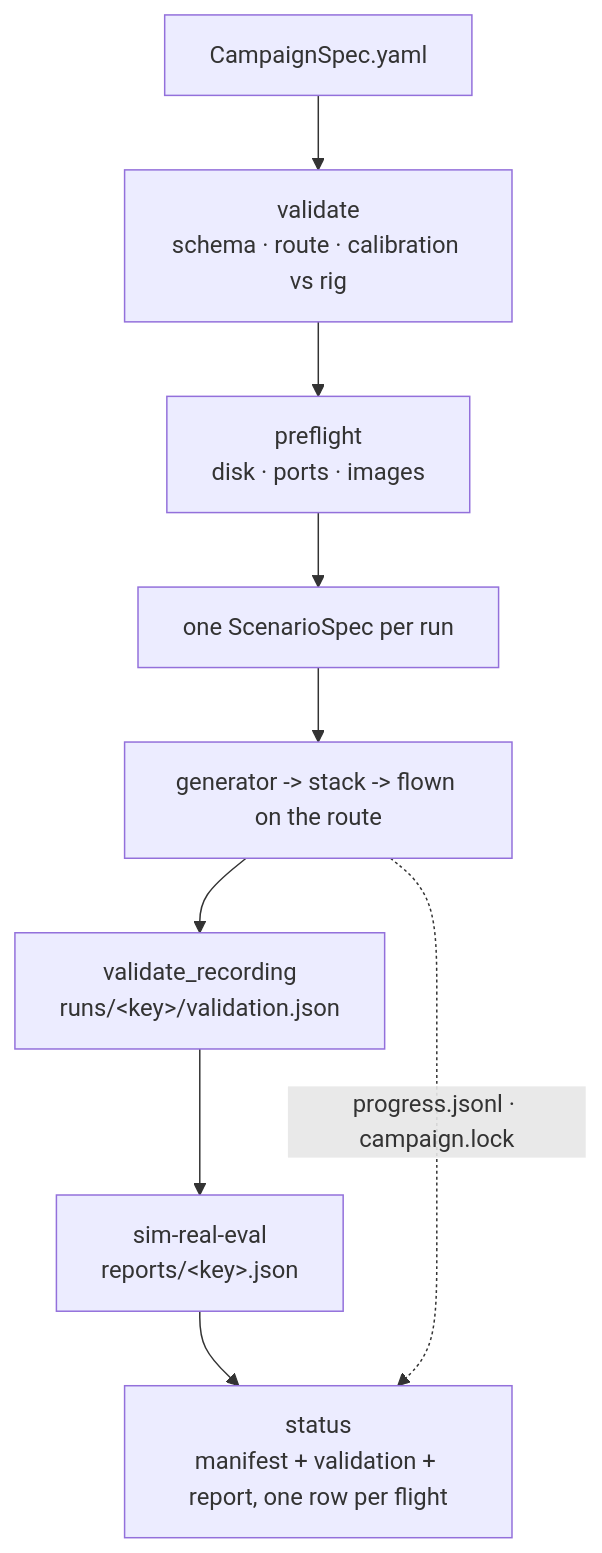
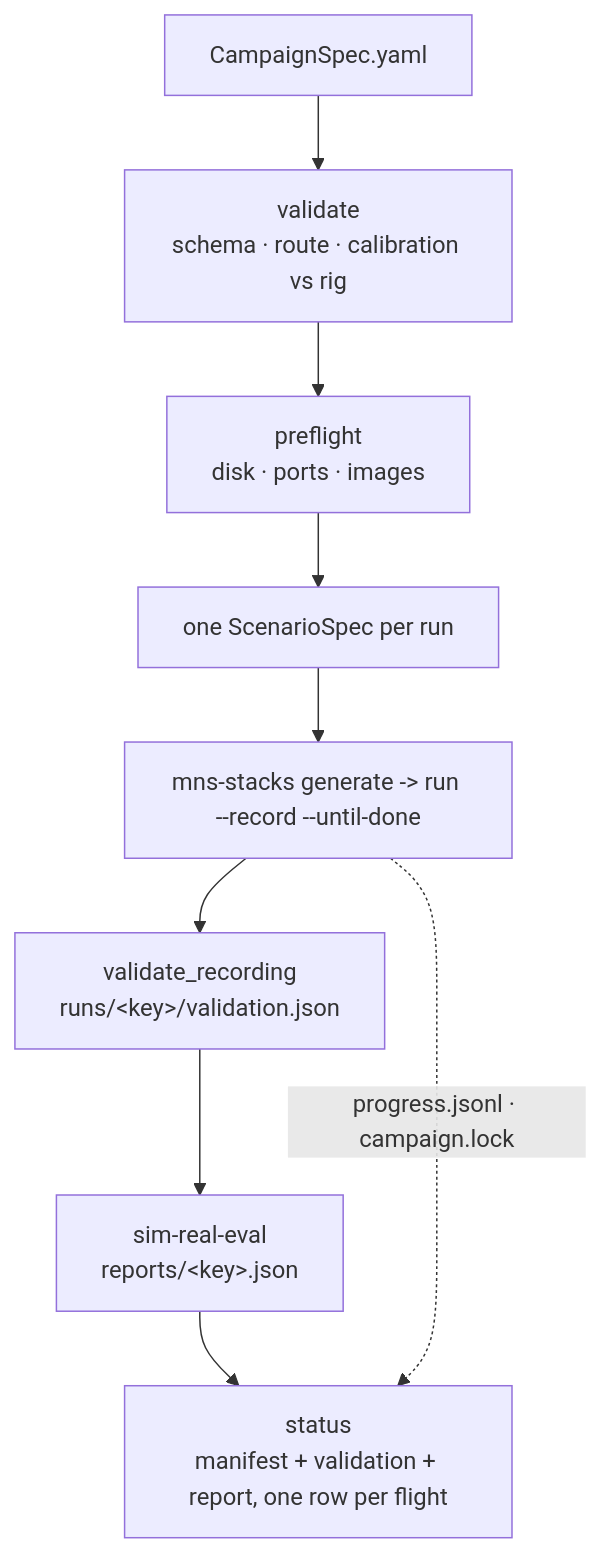
Before and after one commit to DinoHub/M-S-Simulation-Runtime-Stack: the third of 3 diagrams in docs/how-it-fits-together.md, drawn with Mermaid. The commit also changed other lines of this file and 18 other files, not shown here.

First line of the commit message:
docs(v1): headless page, mns-stacks/mns-packs everywhere, restructure notes

````diff
--- a/docs/how-it-fits-together.md
+++ b/docs/how-it-fits-together.md
@@ -187,11 +194,11 @@
 ```mermaid
 flowchart TD
   A["CampaignSpec.yaml"] --> B["validate<br/>schema · route · calibration vs rig"]
   B --> C["preflight<br/>disk · ports · images"]
   C --> D["one ScenarioSpec per run"]
-  D --> E["generator -> stack -> flown on the route"]
+  D --> E["mns-stacks generate -> run --record --until-done"]
   E --> F["validate_recording<br/>runs/&lt;key&gt;/validation.json"]
   F --> G["sim-real-eval<br/>reports/&lt;key&gt;.json"]
   G --> H["status<br/>manifest + validation + report, one row per flight"]
   E -. "progress.jsonl · campaign.lock" .-> H
 ```
````
